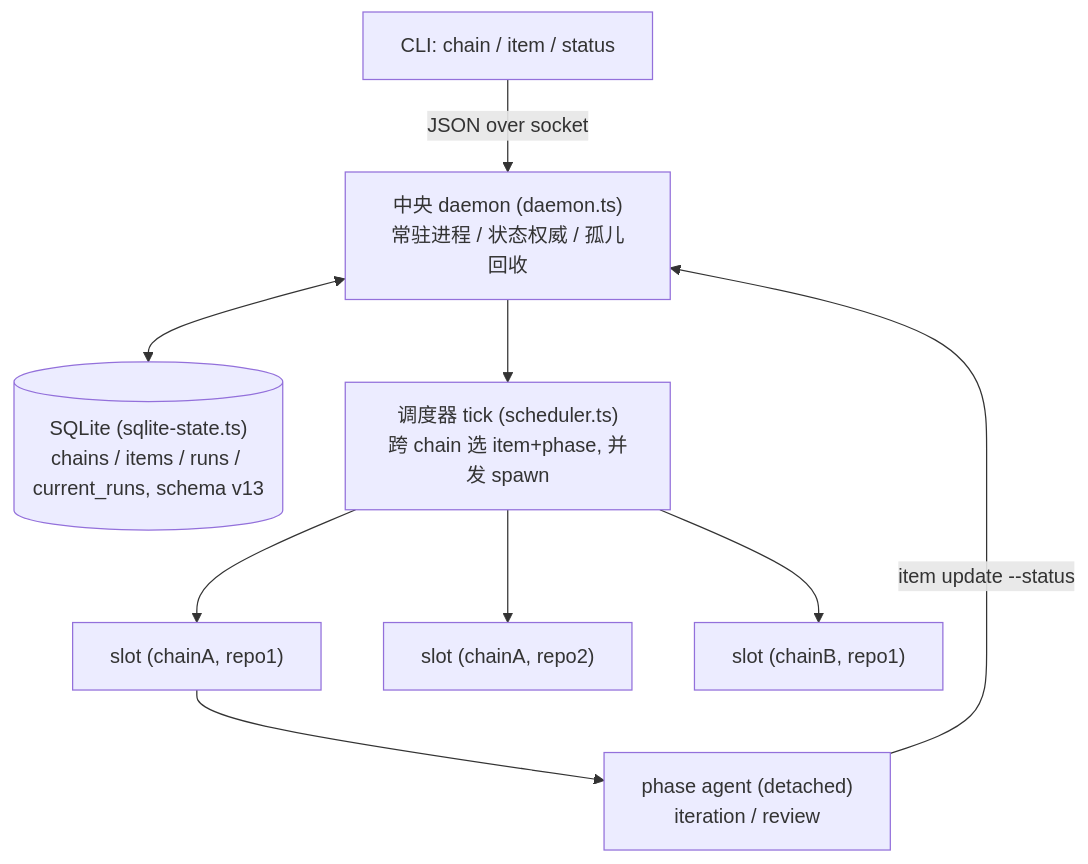
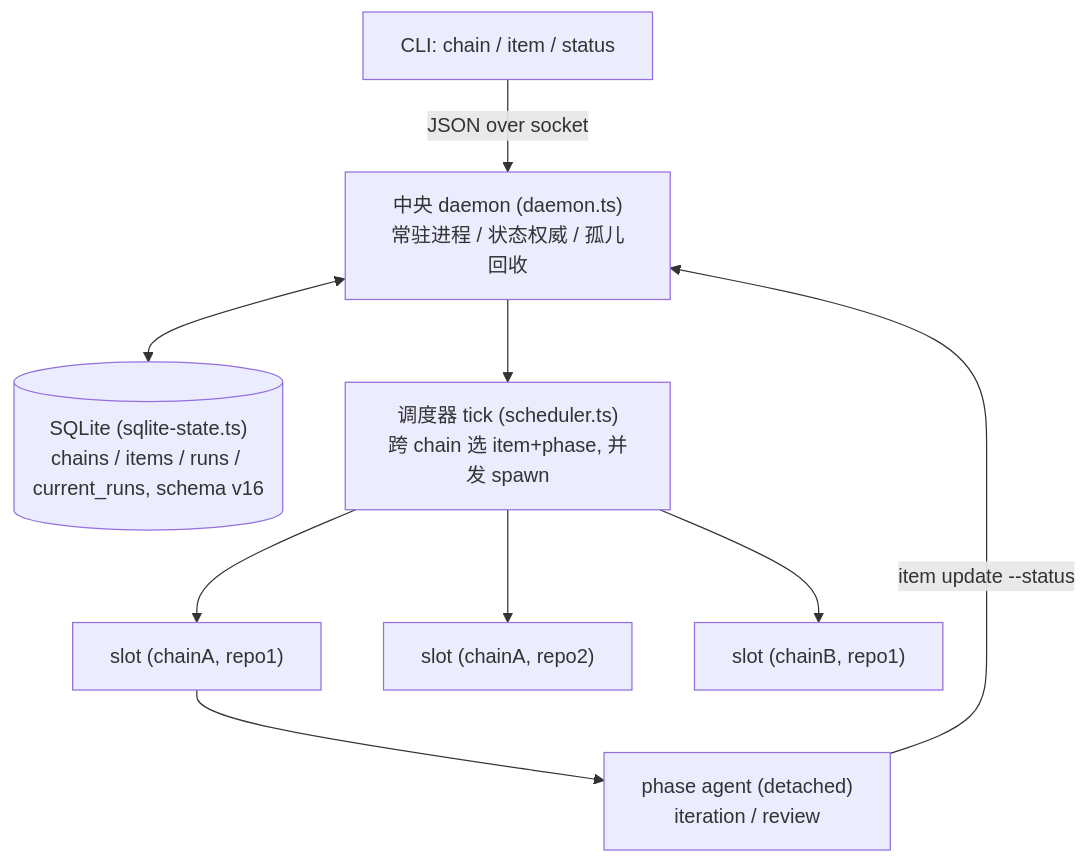
Before and after one commit to mouriya-s-lab/coder-loop: the diagram in docs/architecture-v2.md, drawn with Mermaid. The commit also changed other lines of this file and 39 other files, not shown here.

````diff
--- a/docs/architecture-v2.md
+++ b/docs/architecture-v2.md
@@ -13,11 +13,11 @@
 ```mermaid
 flowchart TD
   cli["CLI: chain / item / status"] -- "JSON over socket" --> daemon["中央 daemon (daemon.ts)<br/>常驻进程 / 状态权威 / 孤儿回收"]
-  daemon <--> db[("SQLite (sqlite-state.ts)<br/>chains / items / runs / current_runs, schema v13")]
+  daemon <--> db[("SQLite (sqlite-state.ts)<br/>chains / items / runs / current_runs, schema v16")]
   daemon --> sched["调度器 tick (scheduler.ts)<br/>跨 chain 选 item+phase, 并发 spawn"]
   sched --> sA["slot (chainA, repo1)"]
   sched --> sB["slot (chainA, repo2)"]
   sched --> sC["slot (chainB, repo1)"]
   sA --> agent["phase agent (detached)<br/>iteration / review"]
   agent -- "item update --status" --> daemon
 ```
````
